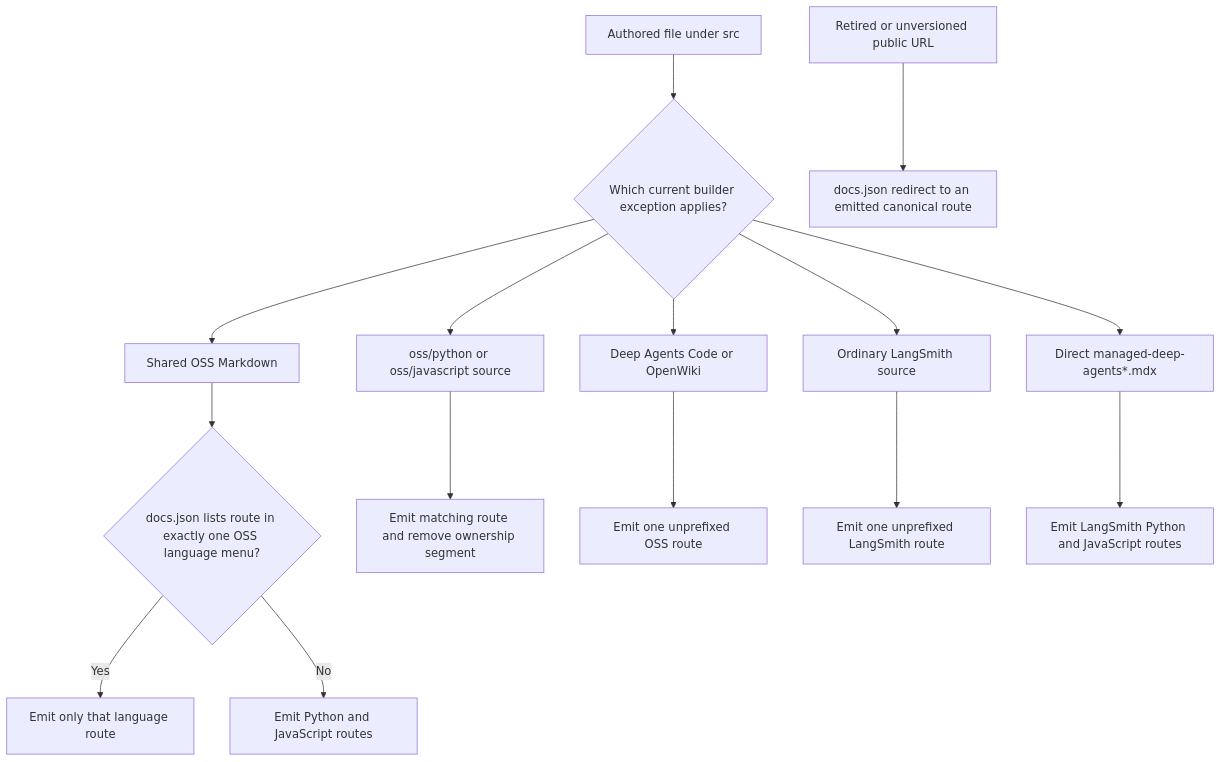
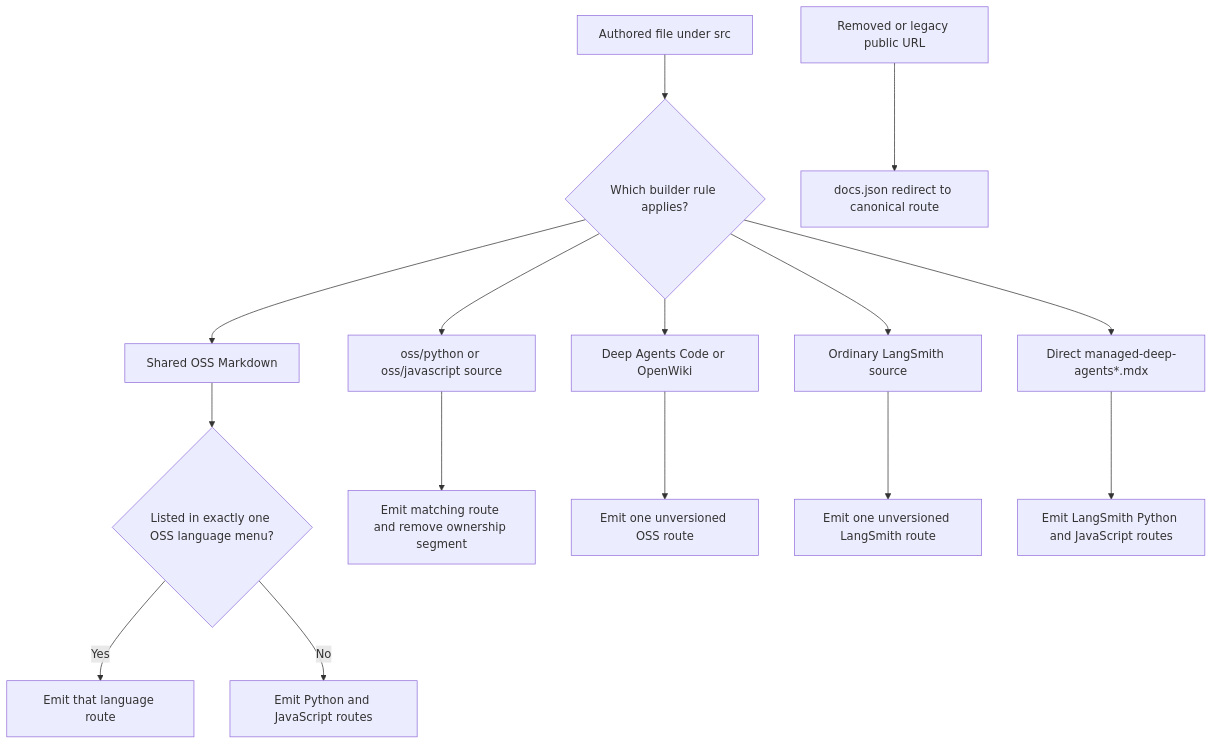
Before and after one commit to langchain-ai/docs: the diagram in openwiki/concepts/versioning.md, drawn with Mermaid. The commit also changed other lines of this file and 54 other files, not shown here.

````diff
--- a/openwiki/concepts/versioning.md
+++ b/openwiki/concepts/versioning.md
@@ -41,17 +43,17 @@
 ```mermaid
 flowchart TD
-    Source["Authored file under src"] --> Classify{"Which current builder exception applies?"}
+    Source["Authored file under src"] --> Classify{"Which builder rule applies?"}
     Classify --> Shared["Shared OSS Markdown"]
-    Shared --> Nav{"docs.json lists route in exactly one OSS language menu?"}
-    Nav -->|"Yes"| One["Emit only that language route"]
+    Shared --> Nav{"Listed in exactly one OSS language menu?"}
+    Nav -->|"Yes"| One["Emit that language route"]
     Nav -->|"No"| Both["Emit Python and JavaScript routes"]
     Classify --> Owned["oss/python or oss/javascript source"]
     Owned --> OwnedRoute["Emit matching route and remove ownership segment"]
     Classify --> Unversioned["Deep Agents Code or OpenWiki"]
-    Unversioned --> ProductRoute["Emit one unprefixed OSS route"]
+    Unversioned --> ProductRoute["Emit one unversioned OSS route"]
     Classify --> Langsmith["Ordinary LangSmith source"]
-    Langsmith --> PlainRoute["Emit one unprefixed LangSmith route"]
+    Langsmith --> PlainRoute["Emit one unversioned LangSmith route"]
     Classify --> Managed["Direct managed-deep-agents*.mdx"]
     Managed --> ManagedRoute["Emit LangSmith Python and JavaScript routes"]
-    Retired["Retired or unversioned public URL"] --> Redirect["docs.json redirect to an emitted canonical route"]
+    Retired["Removed or legacy public URL"] --> Redirect["docs.json redirect to canonical route"]
 ```
````
